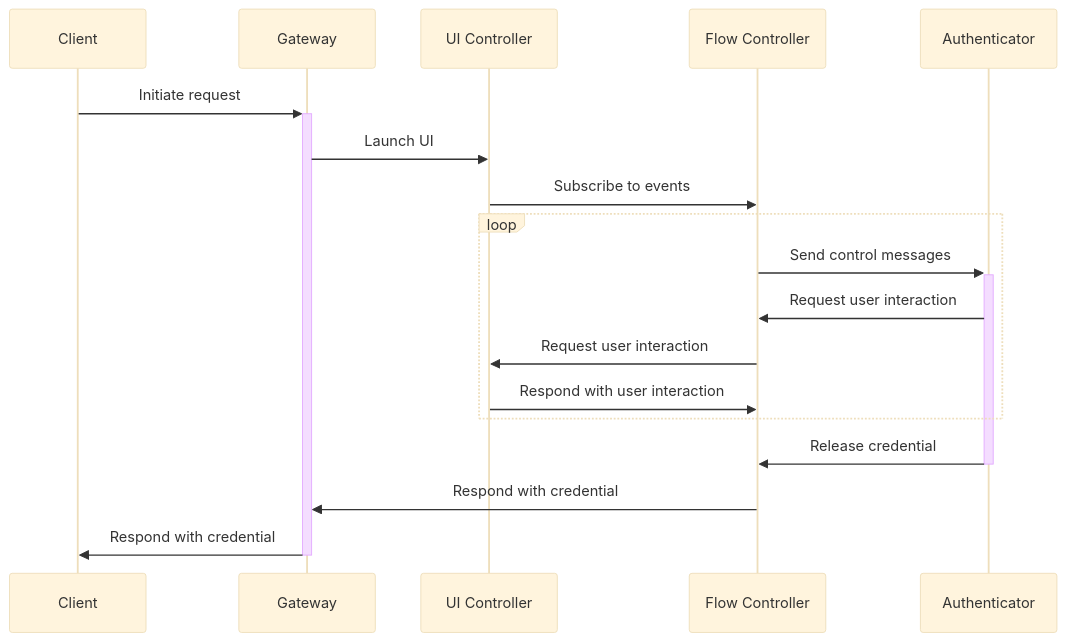
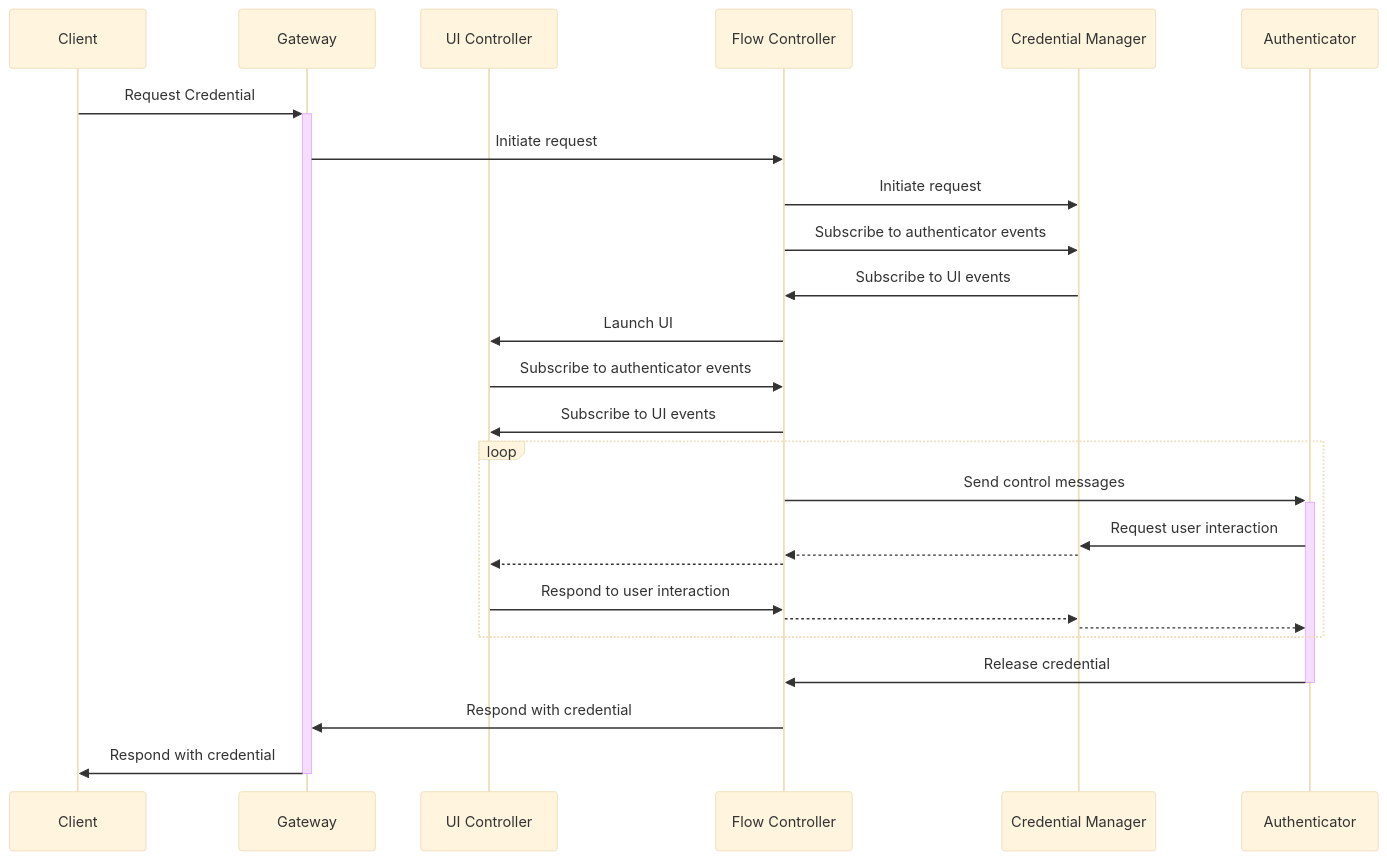
The diagram in ARCHITECTURE.md (linux-credentials/credentialsd), drawn with Mermaid (base theme) before and after one commit. The commit also changed other lines of this file, not shown here.

Commit message:
docs: Update architecture document

````diff
--- a/ARCHITECTURE.md
+++ b/ARCHITECTURE.md
@@ -35,21 +44,31 @@
 ```mermaid
 sequenceDiagram
     participant C as Client
     participant G as Gateway
     participant U as UI Controller
     participant F as Flow Controller
+    participant CM as Credential Manager
     participant A as Authenticator
 
-    C ->> +G: Initiate request
-    G ->>  U: Launch UI
-    U ->>  F: Subscribe to events
+    C ->> +G: Request Credential
+    G ->>  F: Initiate request
+    F ->> CM: Initiate request
+    F ->> CM: Subscribe to authenticator events
+    CM ->> F: Subscribe to UI events
+    F ->> U:  Launch UI
+    U ->>  F: Subscribe to authenticator events
+    F ->>  U: Subscribe to UI events
+
     loop
     F ->> +A: Send control messages
-    A ->>  F: Request user interaction
-    F ->>  U: Request user interaction
-    U ->>  F: Respond with user interaction
+    A ->>  CM: Request user interaction
+    CM -->> F:
+    F -->> U:
+    U ->>  F:  Respond to user interaction
+    F -->> CM:
+    CM -->> A:
     end
     A ->> -F: Release credential
     F ->>  G: Respond with credential
     G ->> -C: Respond with credential
 ```
````
